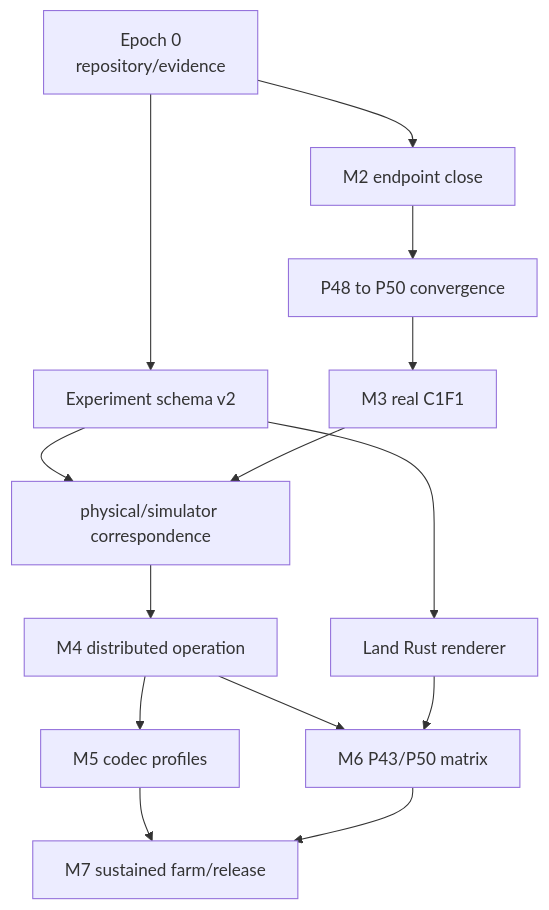
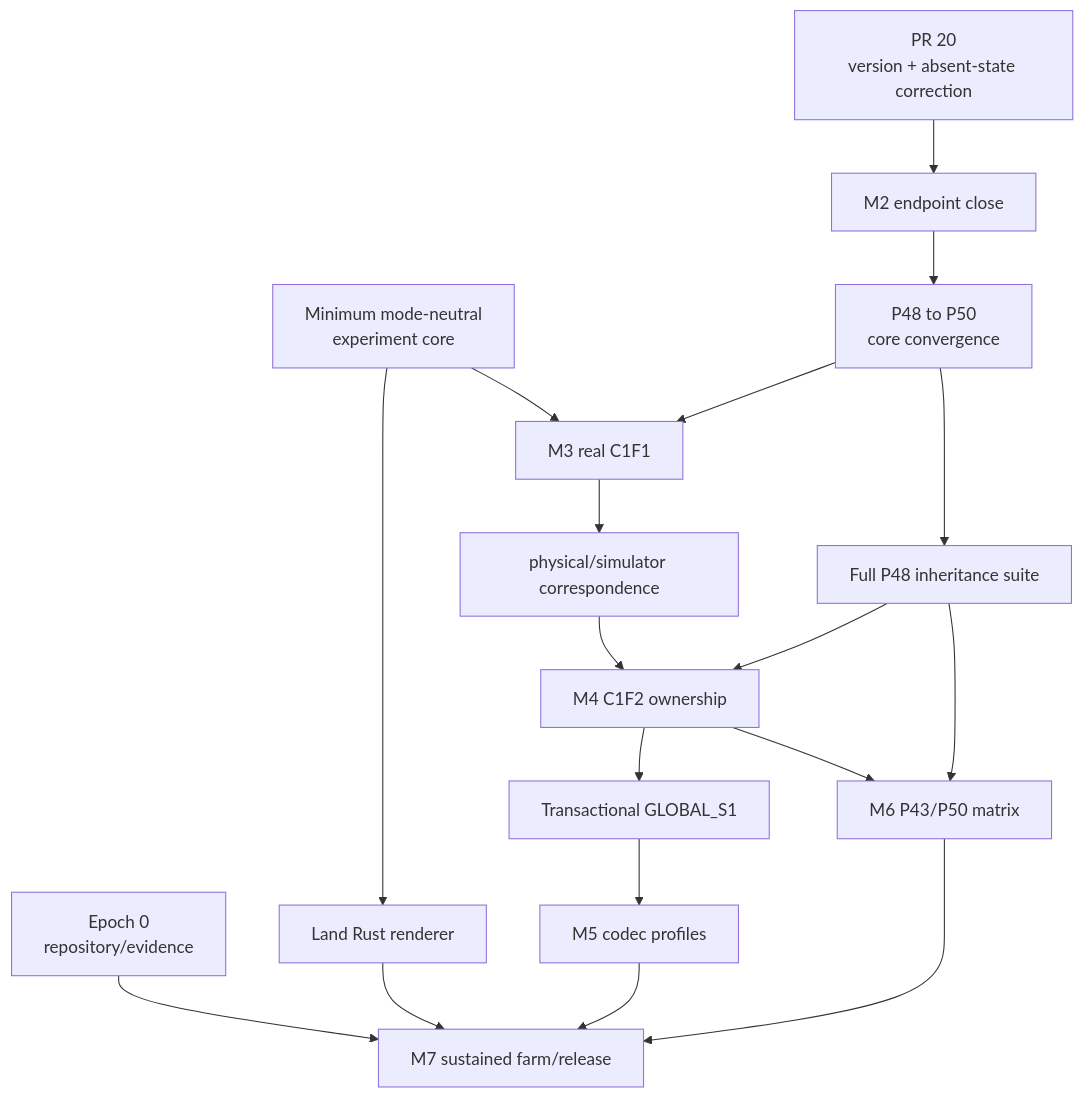
One commit to mickg10/icecream changed the third of 3 diagrams in doc/issue16-strategic-plan.md. Above: the diagram before and after it, drawn with Mermaid. The commit also changed other lines of this file, not shown here.

````diff
--- a/doc/issue16-strategic-plan.md
+++ b/doc/issue16-strategic-plan.md
@@ -601,28 +743,35 @@
 ```mermaid
 flowchart TD
     E0[Epoch 0\nrepository/evidence]
+    PR20[PR 20\nversion + absent-state correction]
     M2[M2 endpoint close]
-    V2[Experiment schema v2]
+    CORE[Minimum mode-neutral\nexperiment core]
     GUI0[Land Rust renderer]
-    CONV[P48 to P50 convergence]
+    CONV[P48 to P50\ncore convergence]
+    P48FULL[Full P48 inheritance suite]
     M3[M3 real C1F1]
     SIM3[physical/simulator correspondence]
-    M4[M4 distributed operation]
+    M4[M4 C1F2 ownership]
+    GLOBAL[Transactional GLOBAL_S1]
     M5[M5 codec profiles]
     M6[M6 P43/P50 matrix]
     M7[M7 sustained farm/release]
 
-    E0 --> M2
-    E0 --> V2
-    V2 --> GUI0
+    PR20 --> M2
+    CORE --> GUI0
     M2 --> CONV
     CONV --> M3
-    V2 --> SIM3
+    CONV --> P48FULL
+    CORE --> M3
     M3 --> SIM3
     SIM3 --> M4
-    M4 --> M5
+    P48FULL --> M4
+    P48FULL --> M6
+    M4 --> GLOBAL
+    GLOBAL --> M5
     M4 --> M6
-    GUI0 --> M6
+    E0 --> M7
+    GUI0 --> M7
     M5 --> M7
     M6 --> M7
 ```
````
